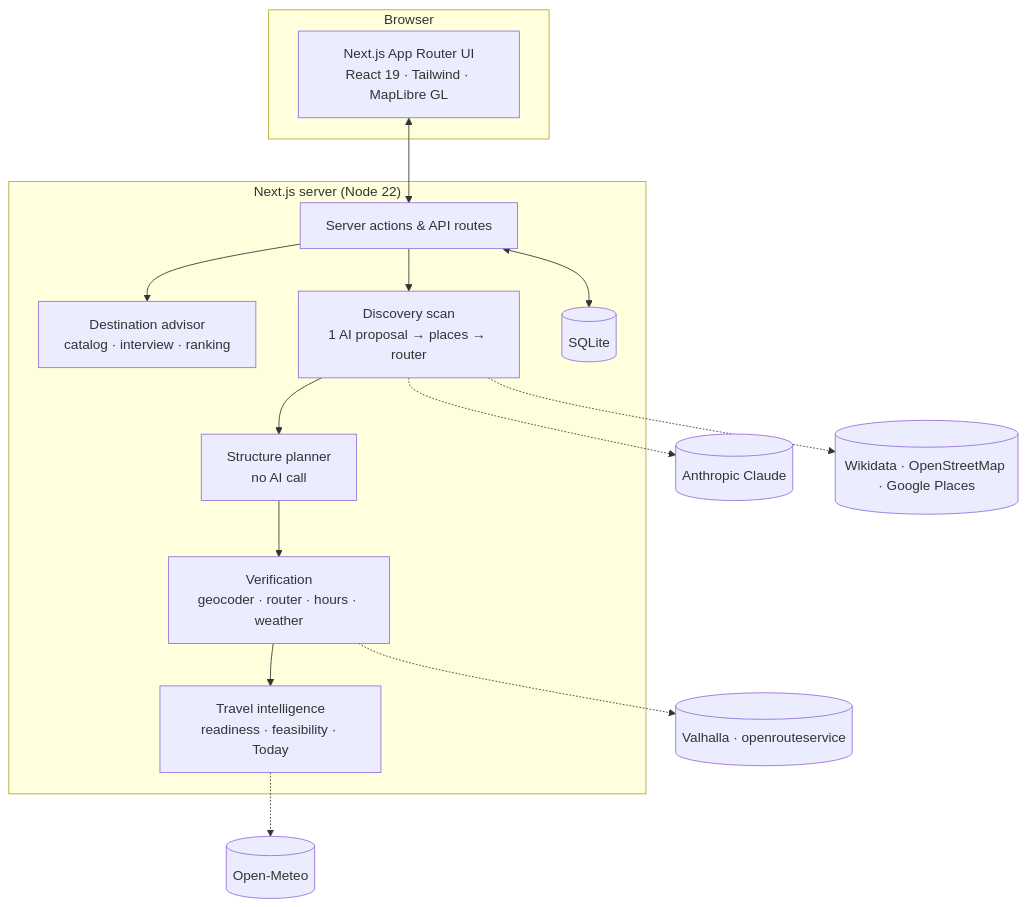
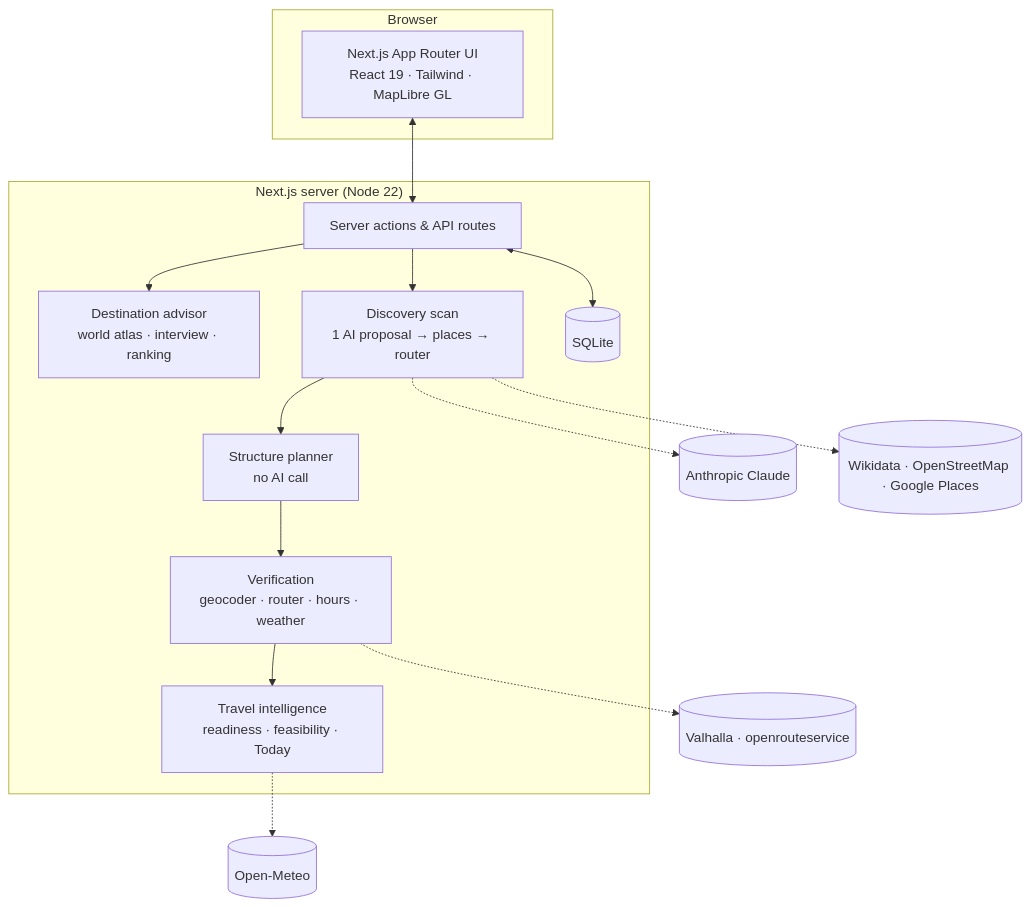
Before and after one commit to yashnil/Sidequest: the second of 2 diagrams in README.md, drawn with Mermaid. The commit also changed other lines of this file and 148 other files, not shown here.

````diff
--- a/README.md
+++ b/README.md
@@ -192,23 +195,23 @@
 ```mermaid
 flowchart TB
     subgraph Browser
       UI[Next.js App Router UI<br/>React 19 · Tailwind · MapLibre GL]
     end
     subgraph Server["Next.js server (Node 22)"]
       ACT[Server actions & API routes]
-      ADV[Destination advisor<br/>catalog · interview · ranking]
+      ADV[Destination advisor<br/>world atlas · interview · ranking]
       SCAN[Discovery scan<br/>1 AI proposal → places → router]
       PLAN[Structure planner<br/>no AI call]
       VER[Verification<br/>geocoder · router · hours · weather]
       INT[Travel intelligence<br/>readiness · feasibility · Today]
       DB[(SQLite)]
     end
     UI <--> ACT
     ACT --> ADV
     ACT --> SCAN --> PLAN --> VER --> INT
     ACT <--> DB
     SCAN -.-> AI[(Anthropic Claude)]
     SCAN -.-> OD[(Wikidata · OpenStreetMap · Google Places)]
     VER -.-> RT[(Valhalla · openrouteservice)]
     INT -.-> WX[(Open-Meteo)]
 ```
````
